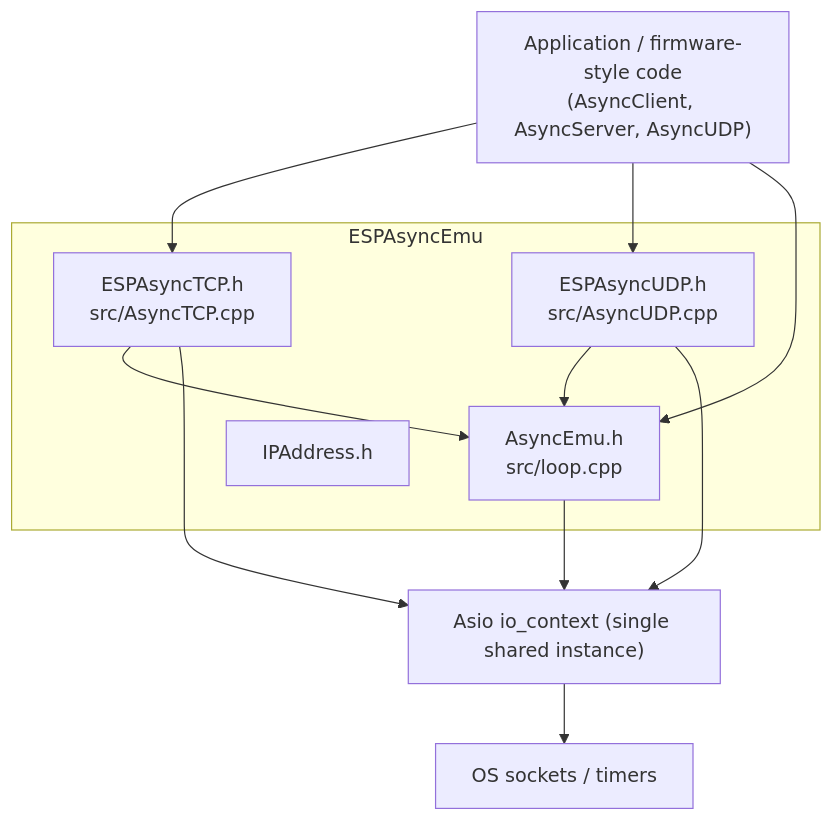
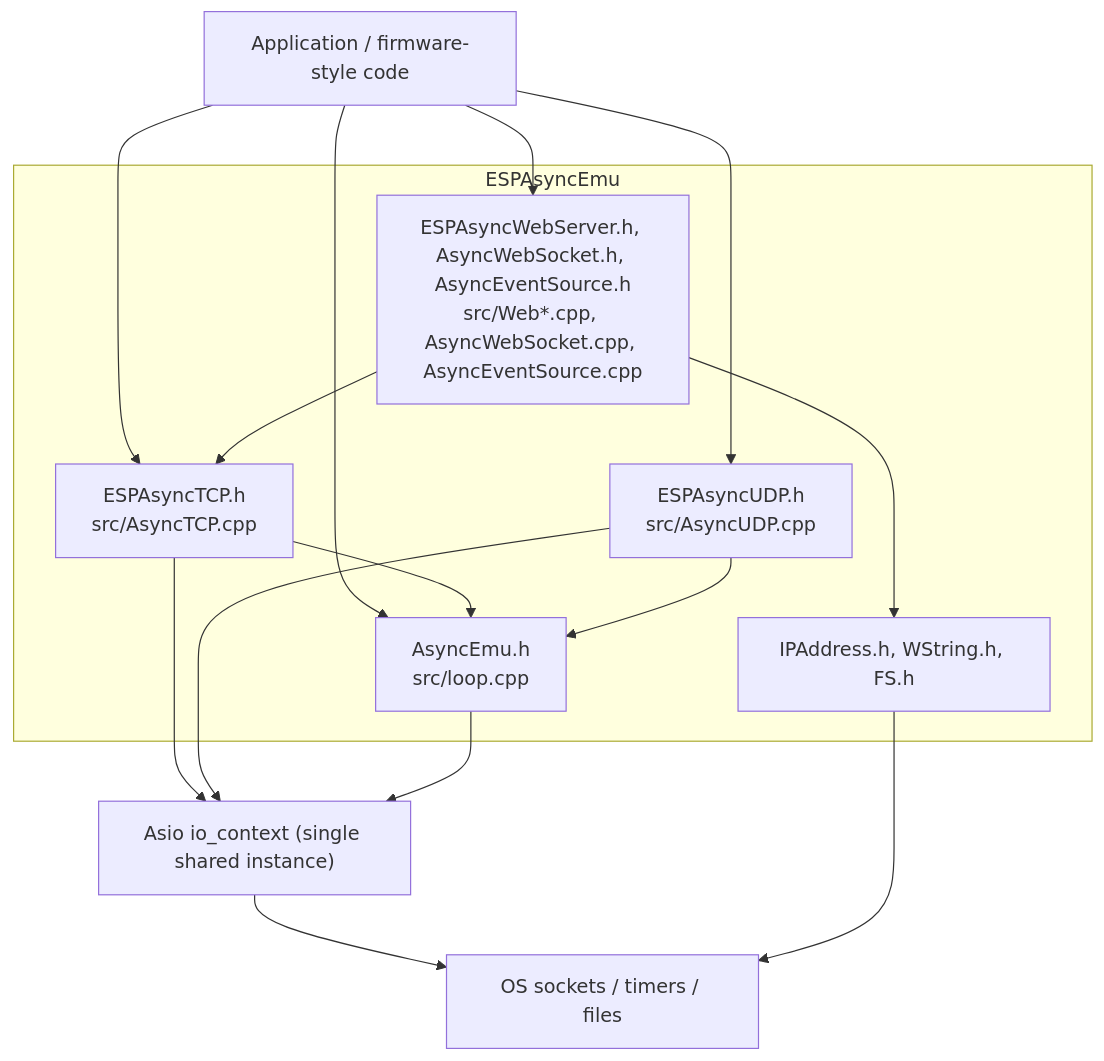
Before and after one commit to JasonBolbach/ESPAsyncEmu: the first of 3 diagrams in wiki/Architecture.md, drawn with Mermaid. The commit also changed other lines of this file and 62 other files, not shown here.

First line of the commit message:
Add ESPAsyncWebServer layer, WebSocket/SSE, Arduino compat, examples and integrations

````diff
--- a/wiki/Architecture.md
+++ b/wiki/Architecture.md
@@ -5,22 +5,27 @@
 ```mermaid
 flowchart TB
-    app["Application / firmware-style code<br/>(AsyncClient, AsyncServer, AsyncUDP)"]
+    app["Application / firmware-style code"]
     subgraph lib["ESPAsyncEmu"]
+        web["ESPAsyncWebServer.h, AsyncWebSocket.h, AsyncEventSource.h<br/>src/Web*.cpp, AsyncWebSocket.cpp, AsyncEventSource.cpp"]
         tcp["ESPAsyncTCP.h<br/>src/AsyncTCP.cpp"]
         udp["ESPAsyncUDP.h<br/>src/AsyncUDP.cpp"]
         loop["AsyncEmu.h<br/>src/loop.cpp"]
-        ip["IPAddress.h"]
+        compat["IPAddress.h, WString.h, FS.h"]
     end
     asio["Asio io_context (single shared instance)"]
-    os["OS sockets / timers"]
+    os["OS sockets / timers / files"]
 
+    app --> web
     app --> tcp
     app --> udp
     app --> loop
+    web --> tcp
+    web --> compat
     tcp --> loop
     udp --> loop
     tcp --> asio
     udp --> asio
     loop --> asio
     asio --> os
+    compat --> os
 ```
````
